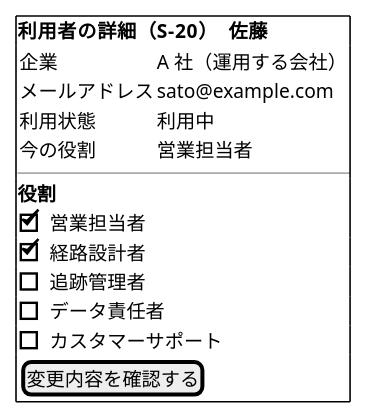
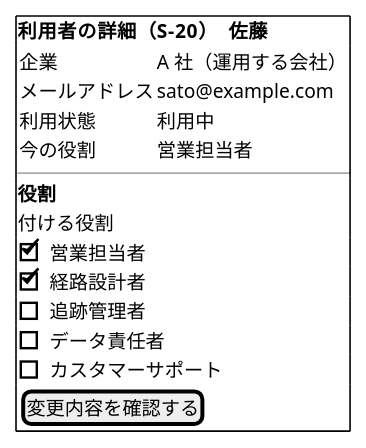
Diagram 24 of 36 in docs/design/cargo-tracker/ui_design.md (k2works/practical-domain-driven-design-in-enterpris-application), drawn with PlantUML before and after one commit. The commit also changed other lines of this file and 5 other files, not shown here.

````diff
--- a/docs/design/cargo-tracker/ui_design.md
+++ b/docs/design/cargo-tracker/ui_design.md
@@ -1096,21 +1096,22 @@
 ```plantuml
 @startsalt
 {+
   <b>利用者の詳細（S-20）　佐藤
   {
     企業 | A 社（運用する会社）
     メールアドレス | sato@example.com
     利用状態 | 利用中
     今の役割 | 営業担当者
   }
   ---
   <b>役割
+  付ける役割
   [X] 営業担当者
   [X] 経路設計者
   [ ] 追跡管理者
   [ ] データ責任者
   [ ] カスタマーサポート
   { [ 変更内容を確認する ] }
 }
 @endsalt
 ```
````
